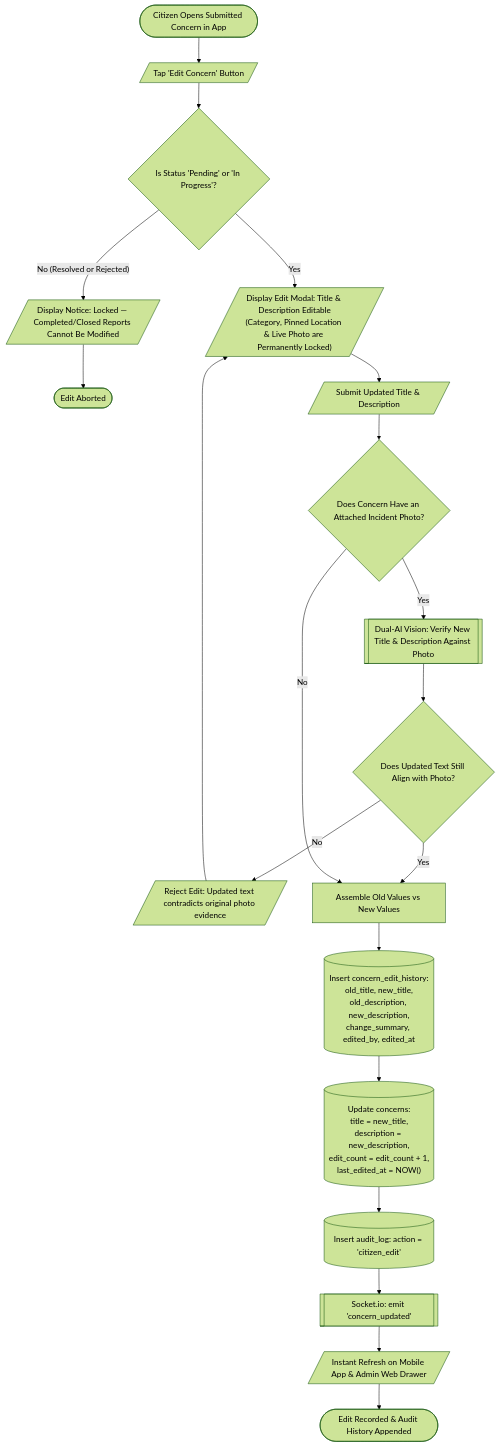
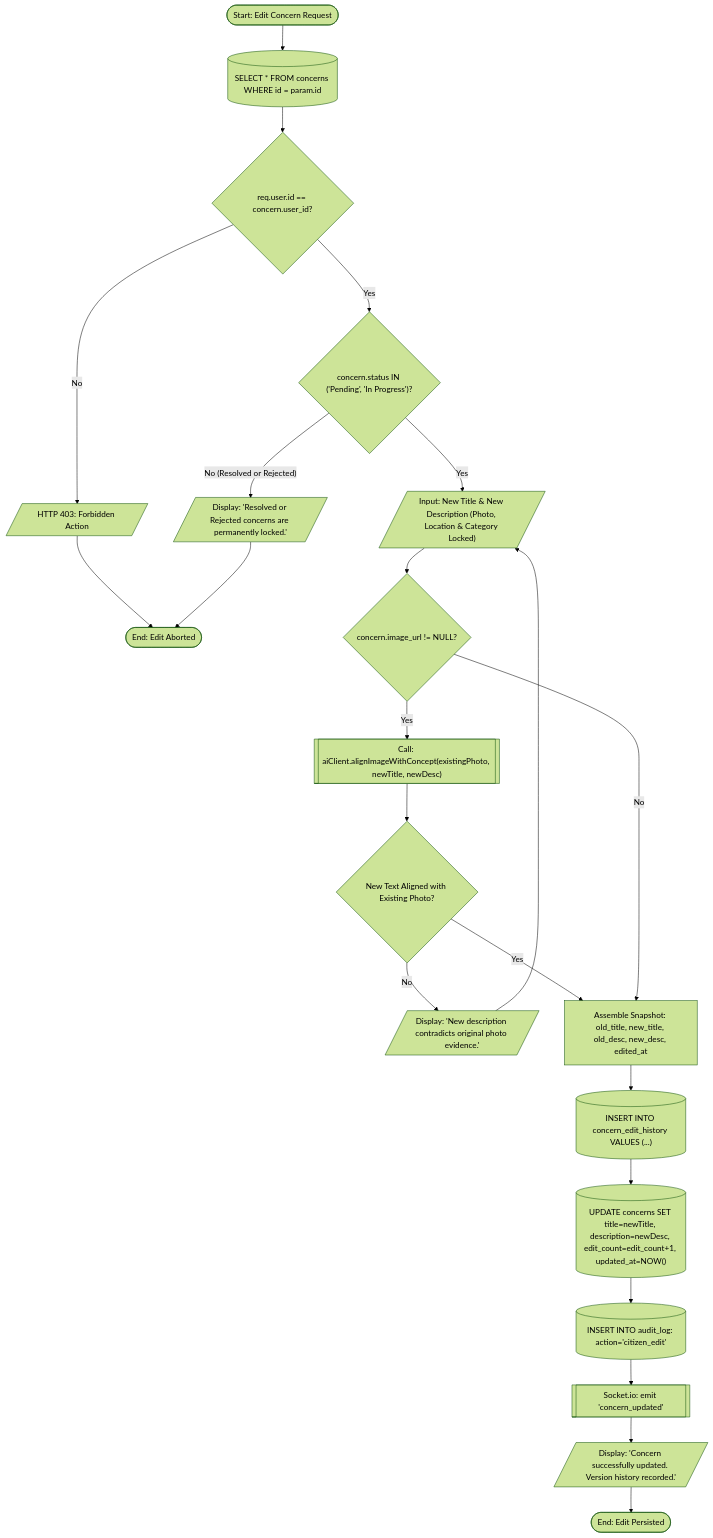
Before and after one commit to palingubaerwin029-ai/citivoice: the eighth of 8 diagrams in SYSTEM_FLOWCHART.md, drawn with Mermaid (forest theme). The commit also changed other lines of this file, not shown here.

Commit message:
docs: restructure SYSTEM_FLOWCHART.md into distinct System Flowcharts and Program Flowcharts

````diff
--- a/SYSTEM_FLOWCHART.md
+++ b/SYSTEM_FLOWCHART.md
@@ -361,32 +449,31 @@
 ```mermaid
 flowchart TD
-    Start(["Citizen Opens Submitted Concern in App"]) --> EditBtnClicked[/"Tap 'Edit Concern' Button"/]
-    EditBtnClicked --> CheckStatus{"Is Status 'Pending' or 'In Progress'?"}
+    P5_Start(["Start: Edit Concern Request"]) --> P5_FetchCurrent[("SELECT * FROM concerns WHERE id = param.id")]
     
-    CheckStatus -- "No (Resolved or Rejected)" --> BlockEdit[/"Display Notice: Locked — Completed/Closed Reports Cannot Be Modified"/]
-    BlockEdit --> End(["Edit Aborted"])
+    P5_FetchCurrent --> P5_CheckOwner{"req.user.id == concern.user_id?"}
+    P5_CheckOwner -- "No" --> P5_Err403[/"HTTP 403: Forbidden Action"/]
+    P5_Err403 --> P5_EndAbort(["End: Edit Aborted"])
     
-    CheckStatus -- "Yes" --> PresentForm[/"Display Edit Modal: Title & Description Editable<br/>(Category, Pinned Location & Live Photo are Permanently Locked)"/]
+    P5_CheckOwner -- "Yes" --> P5_CheckLock{"concern.status IN ('Pending', 'In Progress')?"}
+    P5_CheckLock -- "No (Resolved or Rejected)" --> P5_ErrLock[/"Display: 'Resolved or Rejected concerns are permanently locked.'"/]
+    P5_ErrLock --> P5_EndAbort
     
-    PresentForm --> SubmitChanges[/"Submit Updated Title & Description"/]
-    SubmitChanges --> HasImage{"Does Concern Have an Attached Incident Photo?"}
+    P5_CheckLock -- "Yes" --> P5_InputEdits[/"Input: New Title & New Description (Photo, Location & Category Locked)"/]
     
-    HasImage -- "Yes" --> ReVerifyAI[["Dual-AI Vision: Verify New Title & Description Against Photo"]]
-    ReVerifyAI --> CheckAlignment{"Does Updated Text Still Align with Photo?"}
+    P5_InputEdits --> P5_HasPhoto{"concern.image_url != NULL?"}
+    P5_HasPhoto -- "Yes" --> P5_RevalidateAI[["Call: aiClient.alignImageWithConcept(existingPhoto, newTitle, newDesc)"]]
+    P5_RevalidateAI --> P5_AIValid{"New Text Aligned with Existing Photo?"}
+    P5_AIValid -- "No" --> P5_ErrAlign[/"Display: 'New description contradicts original photo evidence.'"/]
+    P5_ErrAlign --> P5_InputEdits
     
-    CheckAlignment -- "No" --> ShowMismatch[/"Reject Edit: Updated text contradicts original photo evidence"/]
-    ShowMismatch --> PresentForm
+    P5_AIValid -- "Yes" --> P5_AssembleHistory
+    P5_HasPhoto -- "No" --> P5_AssembleHistory
     
-    CheckAlignment -- "Yes" --> PrepareSnapshot
-    HasImage -- "No" --> PrepareSnapshot
-    
-    PrepareSnapshot["Assemble Old Values vs New Values"]
-    PrepareSnapshot --> InsertHistory[("Insert concern_edit_history:<br/>old_title, new_title,<br/>old_description, new_description,<br/>change_summary, edited_by, edited_at")]
-    
-    InsertHistory --> UpdateConcern[("Update concerns:<br/>title = new_title,<br/>description = new_description,<br/>edit_count = edit_count + 1,<br/>last_edited_at = NOW()")]
-    
-    UpdateConcern --> RecordAudit[("Insert audit_log: action = 'citizen_edit'")]
-    RecordAudit --> EmitEdit[["Socket.io: emit 'concern_updated'"]]
-    EmitEdit --> UpdateUI[/"Instant Refresh on Mobile App & Admin Web Drawer"/]
-    UpdateUI --> EndSuccess(["Edit Recorded & Audit History Appended"])
+    P5_AssembleHistory["Assemble Snapshot: old_title, new_title, old_desc, new_desc, edited_at"]
+    P5_AssembleHistory --> P5_InsertHistory[("INSERT INTO concern_edit_history VALUES (...)")]
+    P5_InsertHistory --> P5_UpdateConcern[("UPDATE concerns SET title=newTitle, description=newDesc, edit_count=edit_count+1, updated_at=NOW()")]
+    P5_UpdateConcern --> P5_Audit[("INSERT INTO audit_log: action='citizen_edit'")]
+    P5_Audit --> P5_Emit[["Socket.io: emit 'concern_updated'"]]
+    P5_Emit --> P5_SuccessMsg[/"Display: 'Concern successfully updated. Version history recorded.'"/]
+    P5_SuccessMsg --> P5_EndSuccess(["End: Edit Persisted"])
 ```
````
